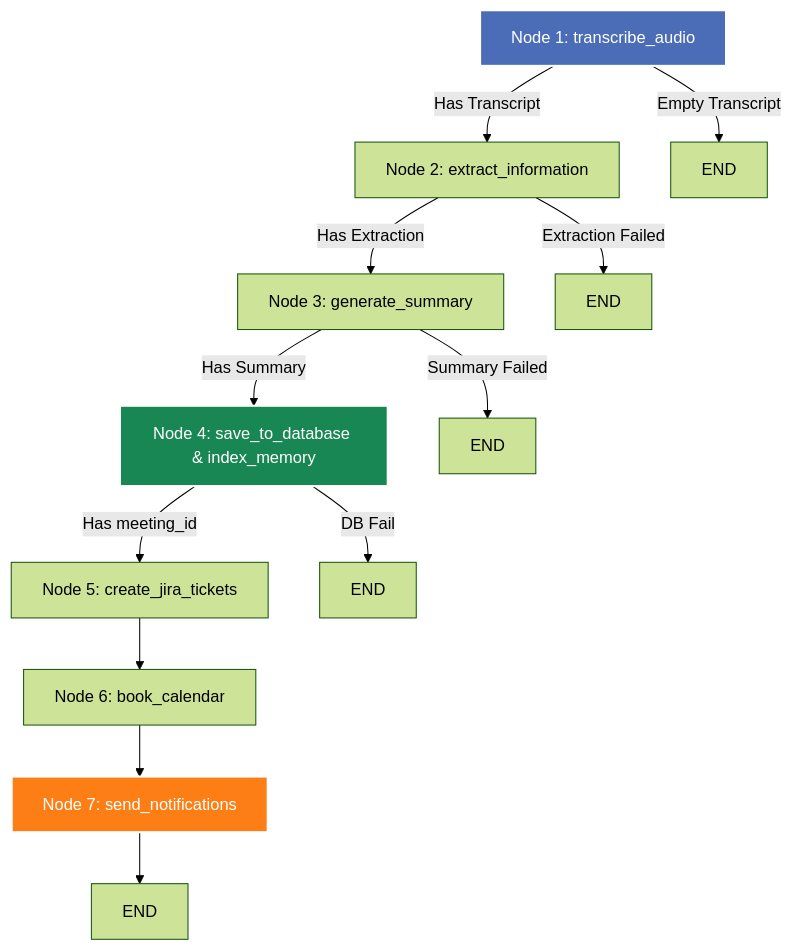
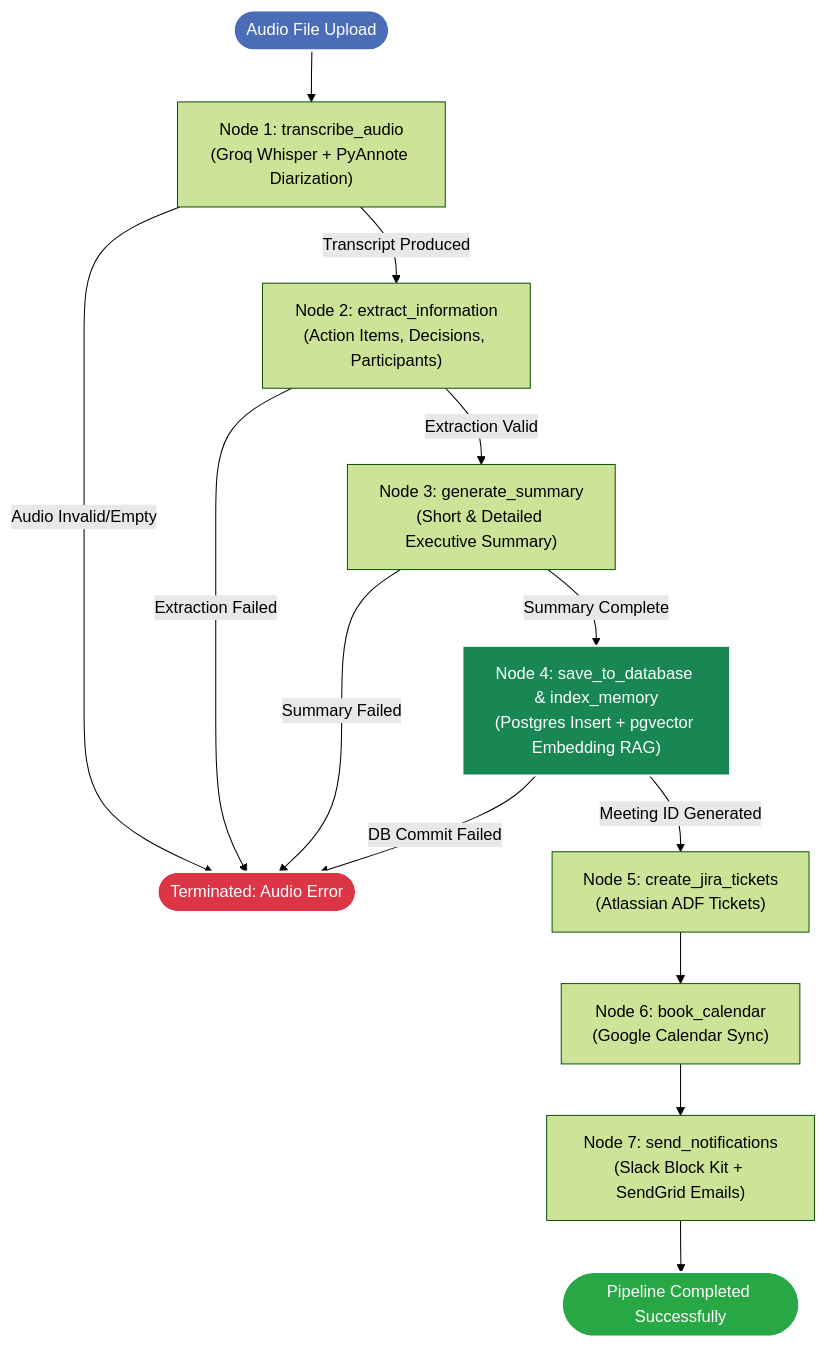
One commit to ultronop592/Meeting-Intelligence-Agent changed the second of 5 diagrams in Readme.md. Above: the diagram before and after it, drawn with Mermaid (forest theme). The commit also changed other lines of this file, not shown here.

````diff
--- a/Readme.md
+++ b/Readme.md
@@ -36,18 +105,25 @@
 ```mermaid
 graph TD
-    A[Node 1: transcribe_audio] -->|Has Transcript| B[Node 2: extract_information]
-    A -->|Empty Transcript| End1[END]
-    B -->|Has Extraction| C[Node 3: generate_summary]
-    B -->|Extraction Failed| End2[END]
-    C -->|Has Summary| D[Node 4: save_to_database & index_memory]
-    C -->|Summary Failed| End3[END]
-    D -->|Has meeting_id| E[Node 5: create_jira_tickets]
-    D -->|DB Fail| End4[END]
-    E --> F[Node 6: book_calendar]
-    F --> G[Node 7: send_notifications]
-    G --> H[END]
+    Start([Audio File Upload]) --> Node1["Node 1: transcribe_audio<br/>(Groq Whisper + PyAnnote Diarization)"]
     
-    style A fill:#4b6cb7,stroke:#fff,stroke-width:2px,color:#fff
-    style D fill:#198754,stroke:#fff,stroke-width:2px,color:#fff
-    style G fill:#fd7e14,stroke:#fff,stroke-width:2px,color:#fff
+    Node1 -->|Transcript Produced| Node2["Node 2: extract_information<br/>(Action Items, Decisions, Participants)"]
+    Node1 -->|Audio Invalid/Empty| EndFailed([Terminated: Audio Error])
+    
+    Node2 -->|Extraction Valid| Node3["Node 3: generate_summary<br/>(Short & Detailed Executive Summary)"]
+    Node2 -->|Extraction Failed| EndFailed
+    
+    Node3 -->|Summary Complete| Node4["Node 4: save_to_database & index_memory<br/>(Postgres Insert + pgvector Embedding RAG)"]
+    Node3 -->|Summary Failed| EndFailed
+    
+    Node4 -->|Meeting ID Generated| Node5["Node 5: create_jira_tickets<br/>(Atlassian ADF Tickets)"]
+    Node4 -->|DB Commit Failed| EndFailed
+    
+    Node5 --> Node6["Node 6: book_calendar<br/>(Google Calendar Sync)"]
+    Node6 --> Node7["Node 7: send_notifications<br/>(Slack Block Kit + SendGrid Emails)"]
+    Node7 --> EndSuccess([Pipeline Completed Successfully])
+
+    style Start fill:#4B6CB7,stroke:#FFF,stroke-width:2px,color:#FFF
+    style Node4 fill:#198754,stroke:#FFF,stroke-width:2px,color:#FFF
+    style EndSuccess fill:#28A745,stroke:#FFF,stroke-width:2px,color:#FFF
+    style EndFailed fill:#DC3545,stroke:#FFF,stroke-width:2px,color:#FFF
 ```
````
